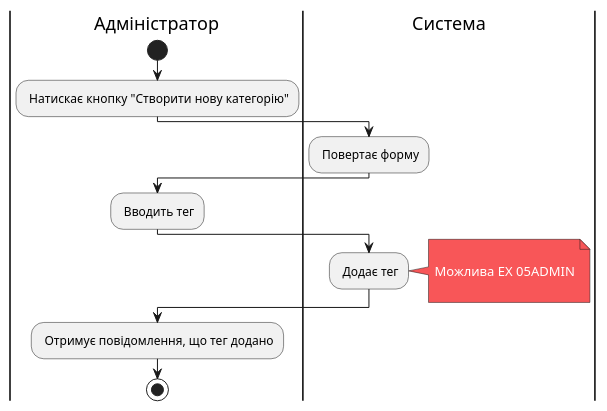
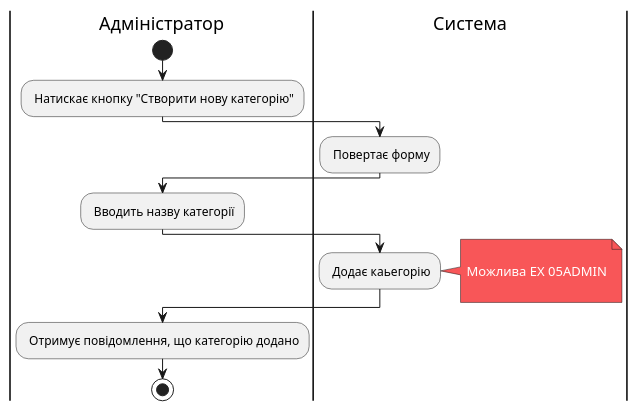
Before and after one commit to KarmazinN/db_open_data: the diagram in src/uml/UC_3.1.puml, drawn with PlantUML.

```diff
--- a/src/uml/UC_3.1.puml
+++ b/src/uml/UC_3.1.puml
@@ -1,37 +1,37 @@
 @startuml
 skinparam ArchimateBackgroundColor #ffffff
 skinparam	shadowing false
 skinparam Note {
 	BackgroundColor #f85658
 	FontColor #ffffff
 }
 
 
 
 |Адміністратор|
 start
 : Натискає кнопку "Створити нову категорію";
 
 |Система|
 : Повертає форму; 
 
 |Адміністратор|
-: Вводить тег;
+: Вводить назву категорії;
 
 |Система|
-: Додає тег;
+: Додає каьегорію;
 
 note right
 
 	Можлива EX 05ADMIN
 
 end note
 
 |Адміністратор|
 
-: Отримує повідомлення, що тег додано;
+: Отримує повідомлення, що категорію додано;
 
 stop;
 
 
 @enduml
```
